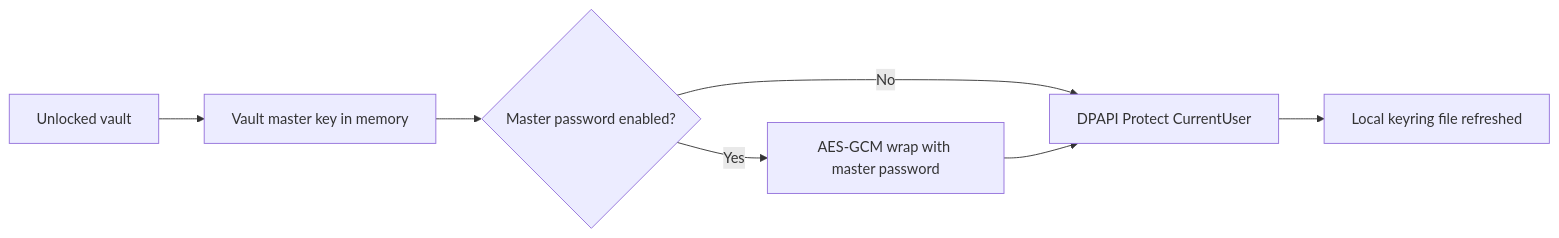
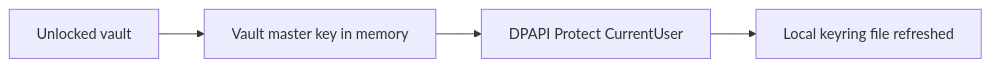
The third of 4 diagrams in .docs/recovery.md (viamus/locker-it), drawn with Mermaid before and after one commit. The commit also changed other lines of this file and 11 other files, not shown here.

````diff
--- a/.docs/recovery.md
+++ b/.docs/recovery.md
@@ -68,9 +68,6 @@
 ```mermaid
 flowchart LR
     UnlockedVault["Unlocked vault"] --> MasterKey["Vault master key in memory"]
-    MasterKey --> Mode{"Master password enabled?"}
-    Mode -- "No" --> Dpapi["DPAPI Protect CurrentUser"]
-    Mode -- "Yes" --> Wrap["AES-GCM wrap with master password"]
-    Wrap --> Dpapi
+    MasterKey --> Dpapi["DPAPI Protect CurrentUser"]
     Dpapi --> Keyring["Local keyring file refreshed"]
 ```
````
